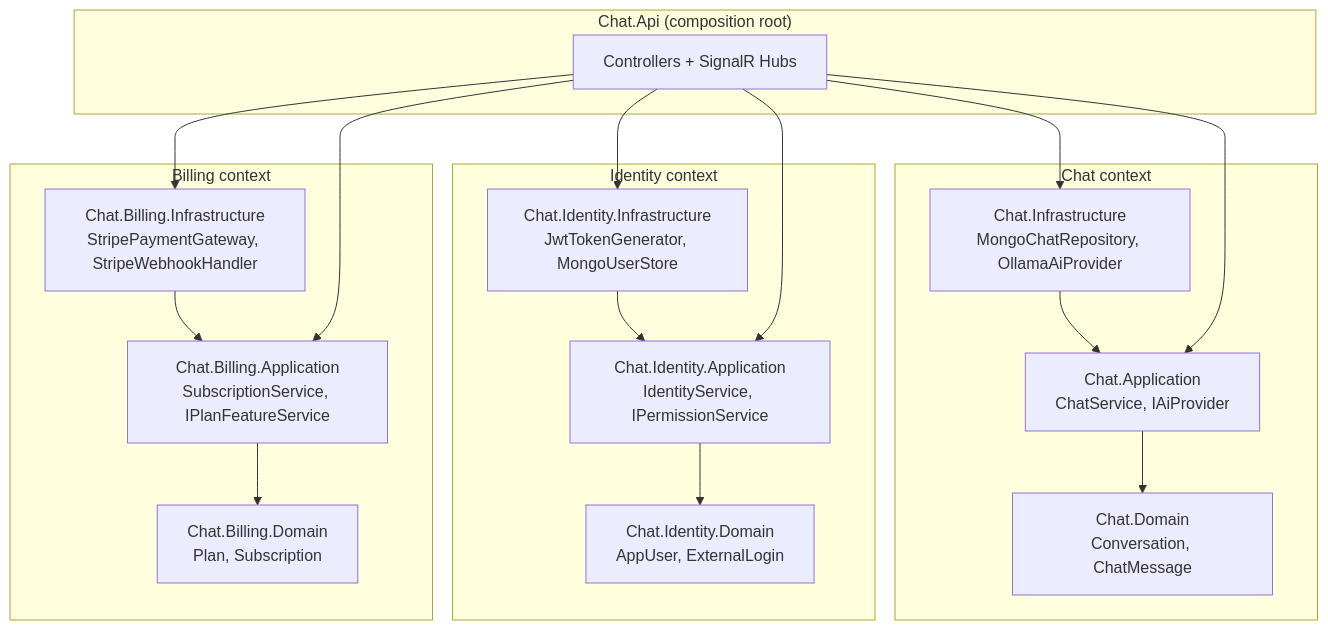
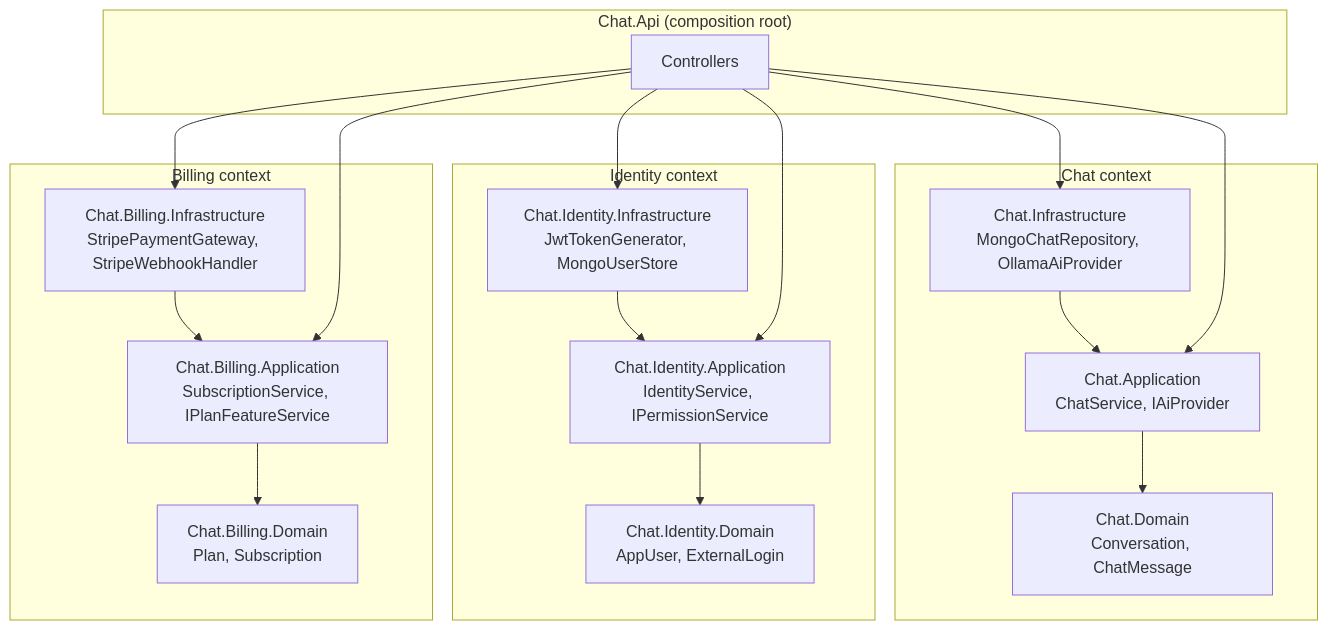
The first of 2 diagrams in README.md (asifarshadullah/chatapp), drawn with Mermaid before and after one commit. The commit also changed other lines of this file and 1 other file, not shown here.

````diff
--- a/README.md
+++ b/README.md
@@ -35,37 +35,37 @@
 ```mermaid
 flowchart TB
     subgraph API["Chat.Api (composition root)"]
-        Controllers["Controllers + SignalR Hubs"]
+        Controllers["Controllers"]
     end
 
     subgraph Chat["Chat context"]
         ChatApp["Chat.Application<br/>ChatService, IAiProvider"]
         ChatInfra["Chat.Infrastructure<br/>MongoChatRepository, OllamaAiProvider"]
         ChatDom["Chat.Domain<br/>Conversation, ChatMessage"]
         ChatApp --> ChatDom
         ChatInfra --> ChatApp
     end
 
     subgraph Identity["Identity context"]
         IdApp["Chat.Identity.Application<br/>IdentityService, IPermissionService"]
         IdInfra["Chat.Identity.Infrastructure<br/>JwtTokenGenerator, MongoUserStore"]
         IdDom["Chat.Identity.Domain<br/>AppUser, ExternalLogin"]
         IdApp --> IdDom
         IdInfra --> IdApp
     end
 
     subgraph Billing["Billing context"]
         BillApp["Chat.Billing.Application<br/>SubscriptionService, IPlanFeatureService"]
         BillInfra["Chat.Billing.Infrastructure<br/>StripePaymentGateway, StripeWebhookHandler"]
         BillDom["Chat.Billing.Domain<br/>Plan, Subscription"]
         BillApp --> BillDom
         BillInfra --> BillApp
     end
 
     Controllers --> ChatApp
     Controllers --> IdApp
     Controllers --> BillApp
     Controllers --> ChatInfra
     Controllers --> IdInfra
     Controllers --> BillInfra
 ```
````
